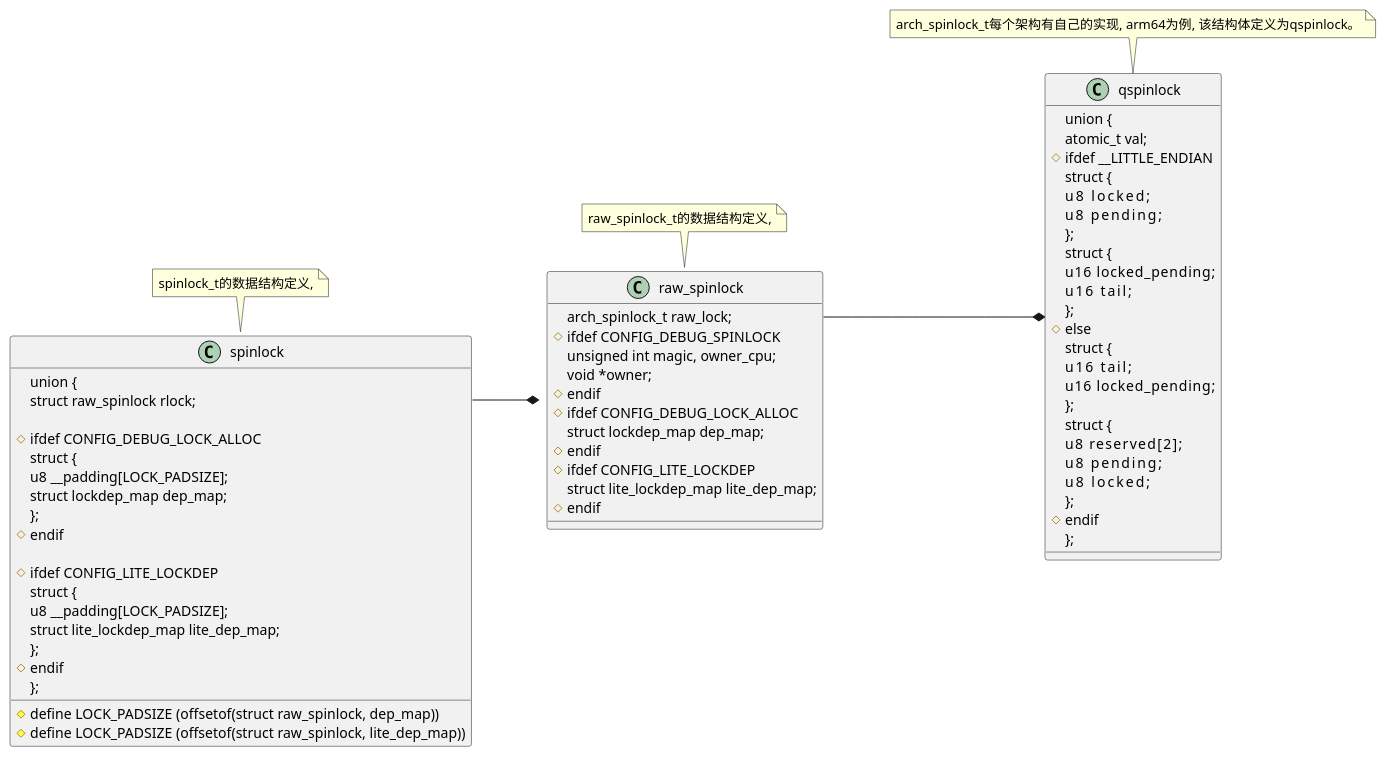
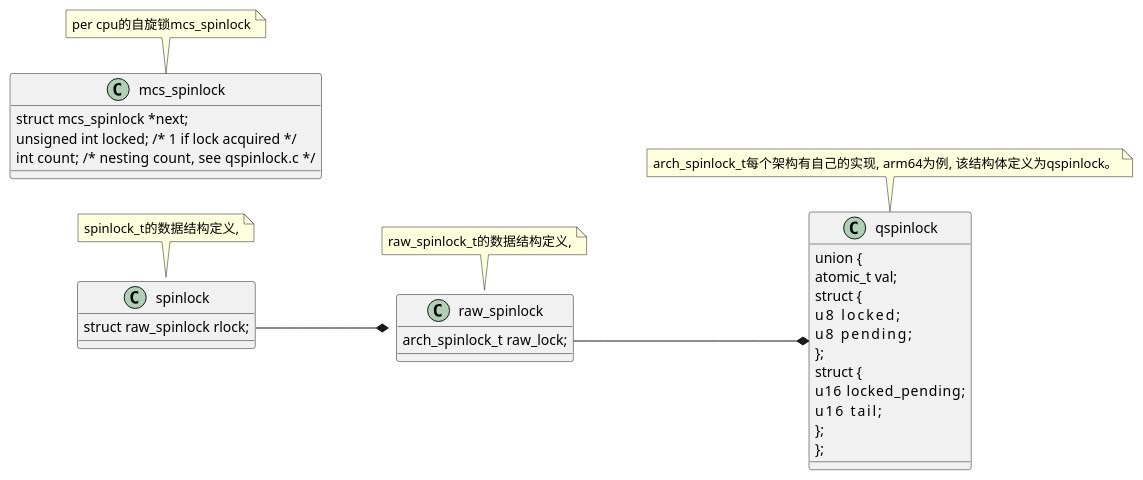
One commit to dracoding/dracoding.github.io changed the diagram in images/src/concurrency/spinlock.wsd. Above: the diagram before and after it, drawn with PlantUML. The commit also changed 5 other files, not shown here.

```diff
--- a/images/src/concurrency/spinlock.wsd
+++ b/images/src/concurrency/spinlock.wsd
@@ -1,87 +1,43 @@
 @startuml
 left to right direction
 
 class spinlock {
-        union {
-                struct raw_spinlock rlock;
-
-#ifdef CONFIG_DEBUG_LOCK_ALLOC
-# define LOCK_PADSIZE (offsetof(struct raw_spinlock, dep_map))
-                struct {
-                        u8 __padding[LOCK_PADSIZE];
-                        struct lockdep_map dep_map;
-                };
-#endif
-
-#ifdef CONFIG_LITE_LOCKDEP
-# define LOCK_PADSIZE (offsetof(struct raw_spinlock, lite_dep_map))
-                struct {
-                        u8 __padding[LOCK_PADSIZE];
-                        struct lite_lockdep_map lite_dep_map;
-                };
-#endif
-        };
+        struct raw_spinlock rlock;
 }
 note top: spinlock_t的数据结构定义, 
 
 class raw_spinlock {
         arch_spinlock_t raw_lock;
-#ifdef CONFIG_DEBUG_SPINLOCK
-        unsigned int magic, owner_cpu;
-        void *owner;
-#endif
-#ifdef CONFIG_DEBUG_LOCK_ALLOC
-        struct lockdep_map dep_map;
-#endif
-#ifdef CONFIG_LITE_LOCKDEP
-        struct lite_lockdep_map lite_dep_map;
-#endif
+
 }
 note top: raw_spinlock_t的数据结构定义, 
 
 
 class qspinlock {
     union {
         atomic_t val;
-#ifdef __LITTLE_ENDIAN
         struct {
             u8      locked;
             u8      pending;
         };
         struct {
             u16     locked_pending;
             u16     tail;
         };
-#else
-        struct {
-            u16     tail;
-            u16     locked_pending;
-        };
-        struct {
-            u8      reserved[2];
-            u8      pending;
-            u8      locked;
-        };
-#endif
     };
 }
 note top: arch_spinlock_t每个架构有自己的实现, arm64为例, 该结构体定义为qspinlock。 
 
 
-
-' note right of irq_domain::ops
-'     irq_domain对应的操作方法
-' end note
-
-
-
-
-' note right of irq_desc::handle_irq
-'     中断处理程序， high level处理,
-' end note
+class mcs_spinlock {
+        struct mcs_spinlock *next;
+        unsigned int locked; /* 1 if lock acquired */
+        int count;  /* nesting count, see qspinlock.c */
+}
+note top: per cpu的自旋锁mcs_spinlock
 
 
 spinlock::rlock --* raw_spinlock
 raw_spinlock::raw_lock --* qspinlock
 
 @enduml
```
